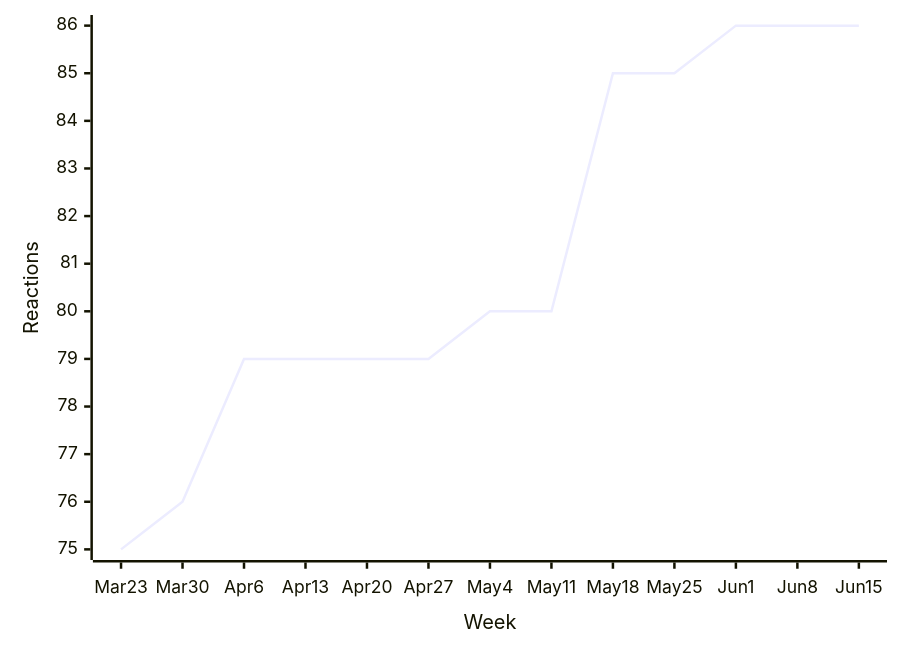
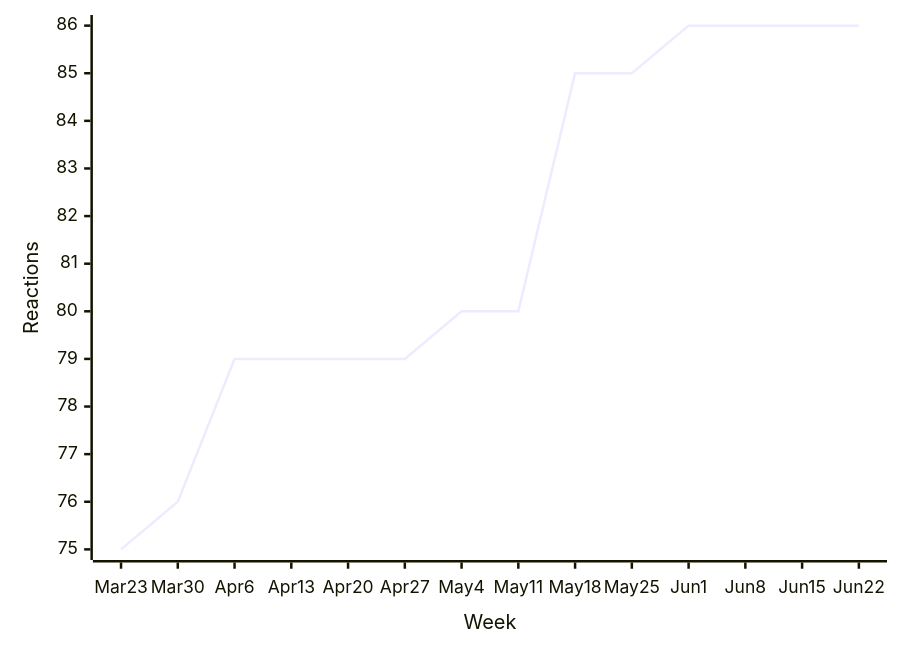
One commit to loic-sharma/github-insights changed diagram 13 of 50 in README.md. Above: the diagram before and after it, drawn with Mermaid. The commit also changed other lines of this file and 3 other files, not shown here.

````diff
--- a/README.md
+++ b/README.md
@@ -543,6 +543,6 @@
   ```mermaid
   xychart-beta
-    x-axis "Week" [Mar 23, Mar 30, Apr 6, Apr 13, Apr 20, Apr 27, May 4, May 11, May 18, May 25, Jun 1, Jun 8, Jun 15]
+    x-axis "Week" [Mar 23, Mar 30, Apr 6, Apr 13, Apr 20, Apr 27, May 4, May 11, May 18, May 25, Jun 1, Jun 8, Jun 15, Jun 22]
     y-axis "Reactions"
-    line [75, 76, 79, 79, 79, 79, 80, 80, 85, 85, 86, 86, 86]
+    line [75, 76, 79, 79, 79, 79, 80, 80, 85, 85, 86, 86, 86, 86]
   ```
````
